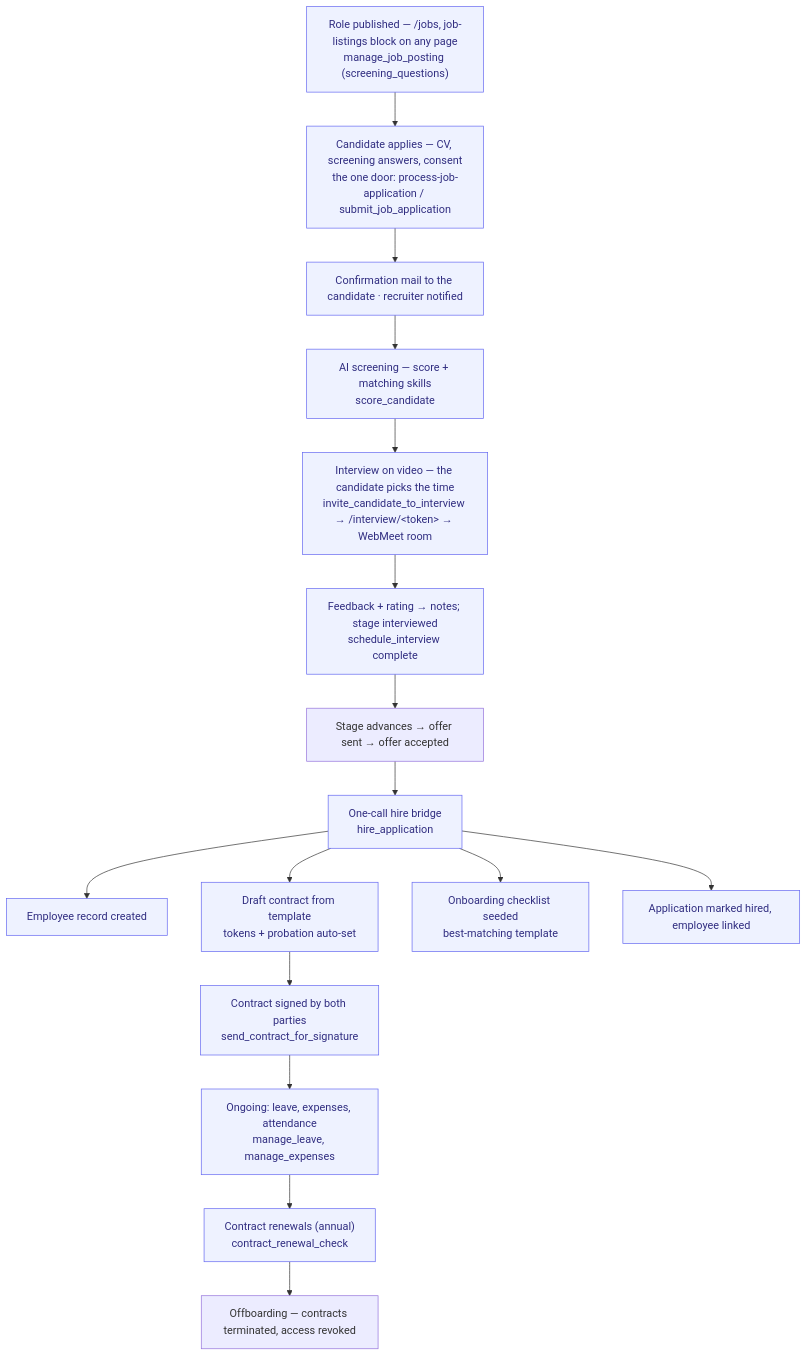
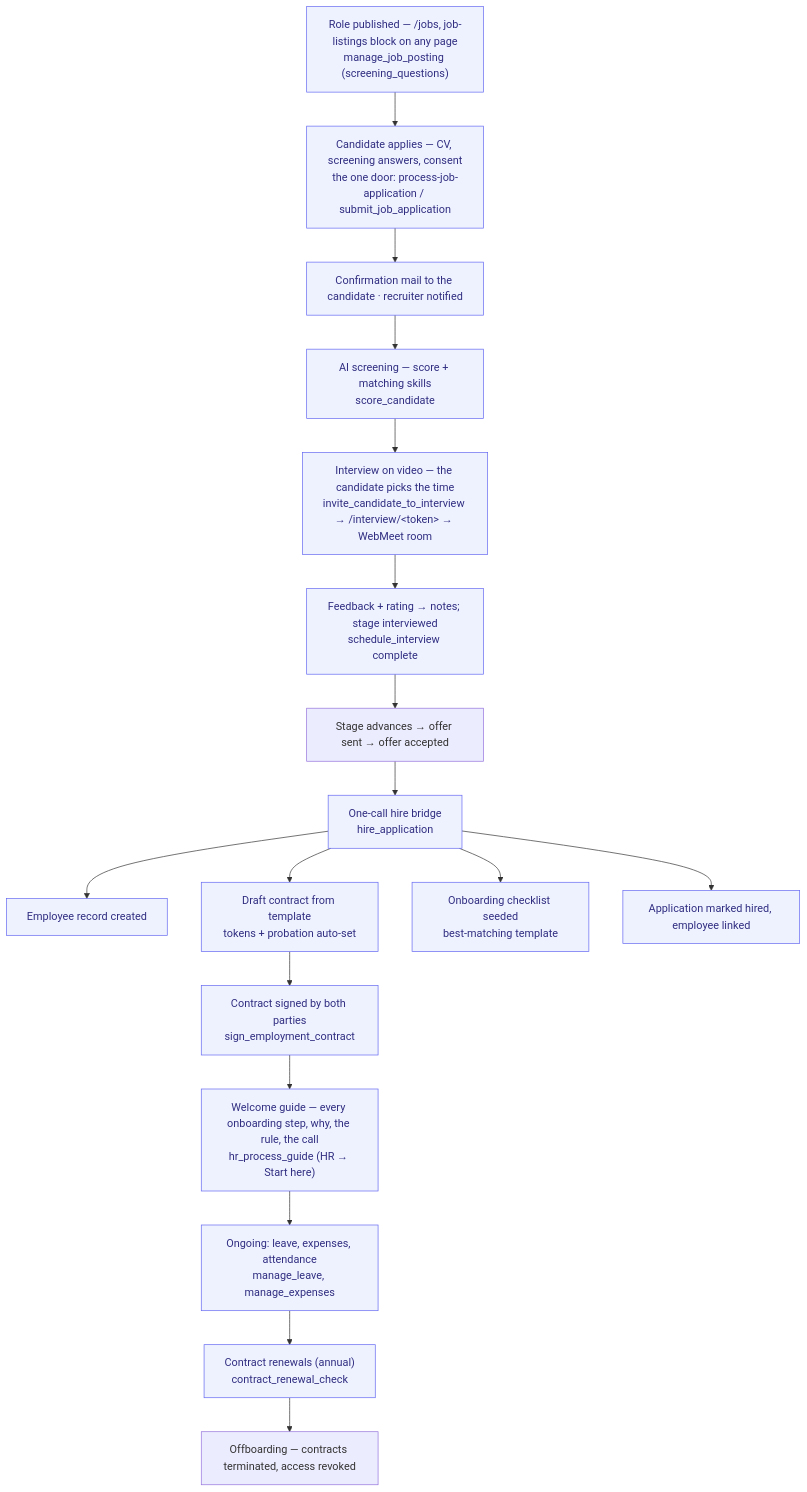
One commit to magnusfroste/flowwink changed the diagram in docs/processes/hire-to-retire.md. Above: the diagram before and after it, drawn with Mermaid. The commit also changed other lines of this file and 19 other files, not shown here.

First line of the commit message:
recruitment: a person selects (gate + guide) · HR: Start here — a guide that leads a founder through a hire (#859)

````diff
--- a/docs/processes/hire-to-retire.md
+++ b/docs/processes/hire-to-retire.md
@@ -33,21 +50,22 @@
 ```mermaid
 flowchart TD
     P["Role published — /jobs, job-listings block on any page<br/>manage_job_posting (screening_questions)"] --> A
     A["Candidate applies — CV, screening answers, consent<br/>the one door: process-job-application / submit_job_application"] --> A2["Confirmation mail to the candidate · recruiter notified"]
     A2 --> B["AI screening — score + matching skills<br/>score_candidate"]
     B --> I["Interview on video — the candidate picks the time<br/>invite_candidate_to_interview → /interview/&lt;token&gt; → WebMeet room"]
     I --> I2["Feedback + rating → notes; stage interviewed<br/>schedule_interview complete"]
     I2 --> C["Stage advances → offer sent → offer accepted"]
     C --> D["One-call hire bridge<br/>hire_application"]
     D --> D1["Employee record created"]
     D --> D2["Draft contract from template<br/>tokens + probation auto-set"]
     D --> D3["Onboarding checklist seeded<br/>best-matching template"]
     D --> D4["Application marked hired, employee linked"]
-    D2 --> E["Contract signed by both parties<br/>send_contract_for_signature"]
-    E --> F["Ongoing: leave, expenses, attendance<br/>manage_leave, manage_expenses"]
+    D2 --> E["Contract signed by both parties<br/>sign_employment_contract"]
+    E --> W["Welcome guide — every onboarding step, why, the rule, the call<br/>hr_process_guide (HR → Start here)"]
+    W --> F["Ongoing: leave, expenses, attendance<br/>manage_leave, manage_expenses"]
     F --> G["Contract renewals (annual)<br/>contract_renewal_check"]
     G --> H["Offboarding — contracts terminated, access revoked"]
 
     classDef agent fill:#eef2ff,stroke:#6366f1,color:#312e81;
-    class P,A,A2,B,I,I2,D,D1,D2,D3,D4,E,F,G agent
+    class P,A,A2,B,I,I2,D,D1,D2,D3,D4,E,W,F,G agent
 ```
````
